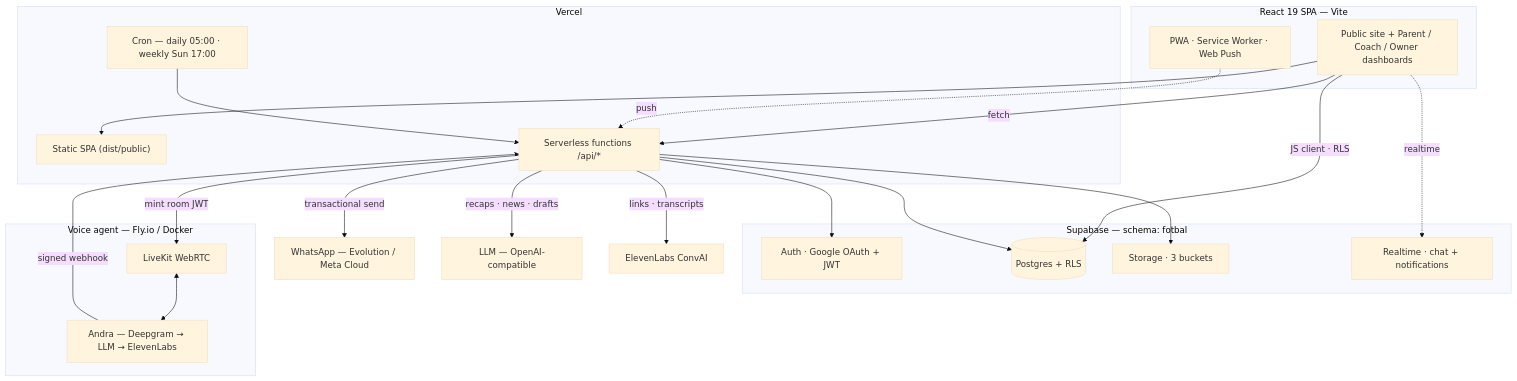
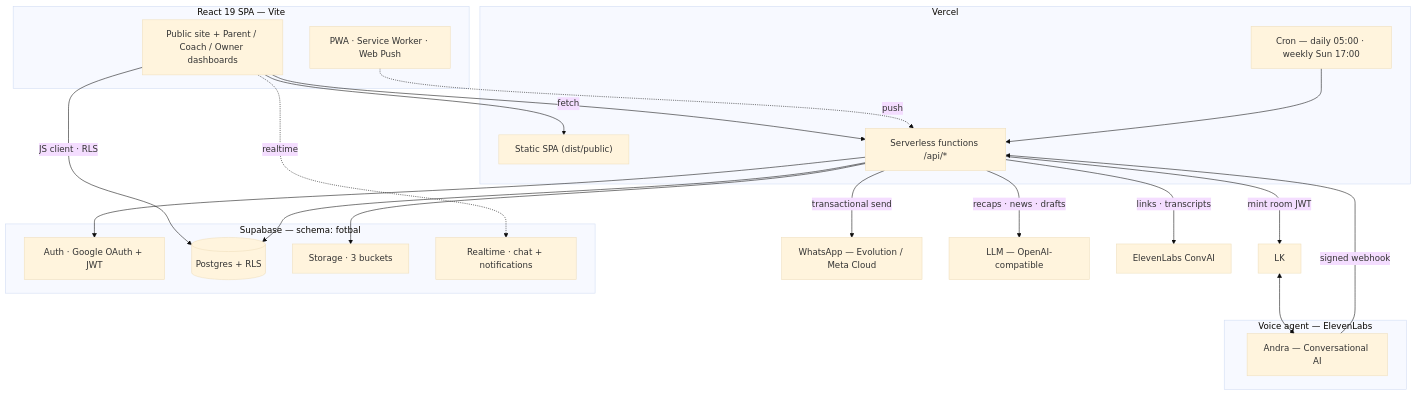
The diagram in README.md (DansiDanutz/danmatei), drawn with Mermaid (base theme) before and after one commit. The commit also changed other lines of this file and 36 other files, not shown here.

First line of the commit message:
Run the AI interview on ElevenLabs Conversational AI (#149)

````diff
--- a/README.md
+++ b/README.md
@@ -220,47 +220,46 @@
 ```mermaid
 flowchart TB
     subgraph client["React 19 SPA — Vite"]
         UI["Public site + Parent / Coach / Owner dashboards"]
         PWA["PWA · Service Worker · Web Push"]
     end
 
     subgraph vercel["Vercel"]
         SPA["Static SPA (dist/public)"]
         API["Serverless functions /api/*"]
         CRON["Cron — daily 05:00 · weekly Sun 17:00"]
     end
 
     subgraph supa["Supabase — schema: fotbal"]
         AUTH["Auth · Google OAuth + JWT"]
         DB[("Postgres + RLS")]
         STORE["Storage · 3 buckets"]
         RT["Realtime · chat + notifications"]
     end
 
-    subgraph voice["Voice agent — Fly.io / Docker"]
-        LK["LiveKit WebRTC"]
-        ANDRA["Andra — Deepgram → LLM → ElevenLabs"]
+    subgraph voice["Voice agent — ElevenLabs"]
+        ANDRA["Andra — Conversational AI"]
     end
 
     WA["WhatsApp — Evolution / Meta Cloud"]
     LLM["LLM — OpenAI-compatible"]
     EL["ElevenLabs ConvAI"]
 
     UI --> SPA
     UI -->|fetch| API
     UI -->|JS client · RLS| DB
     UI -.realtime.-> RT
     PWA -.push.-> API
 
     API --> AUTH
     API --> DB
     API --> STORE
     API -->|mint room JWT| LK
     API -->|recaps · news · drafts| LLM
     API -->|links · transcripts| EL
     API -->|transactional send| WA
     CRON --> API
 
     LK <--> ANDRA
     ANDRA -->|signed webhook| API
 ```
````
